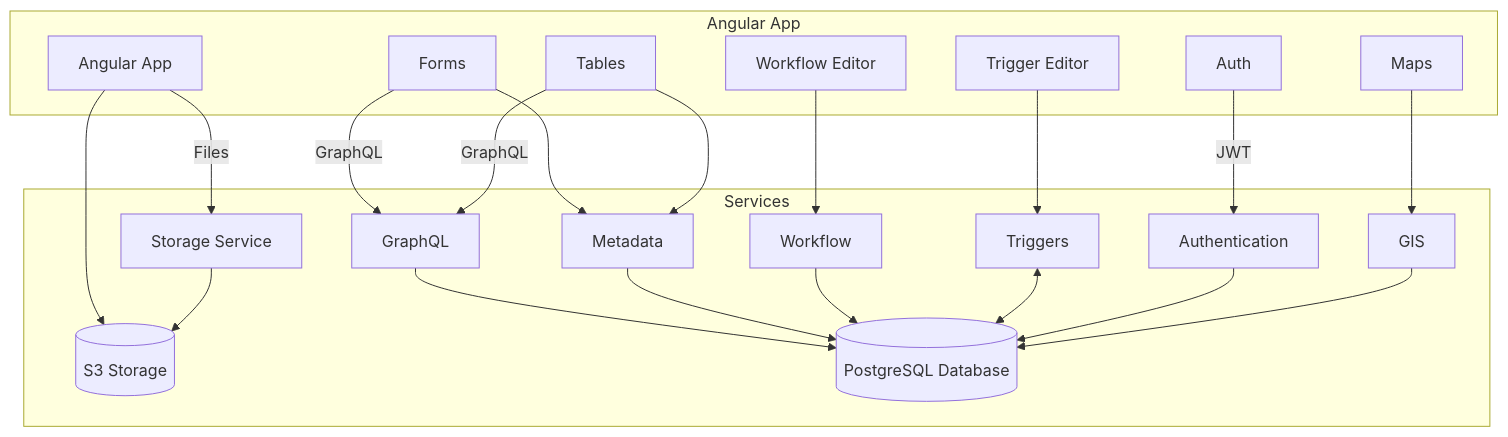
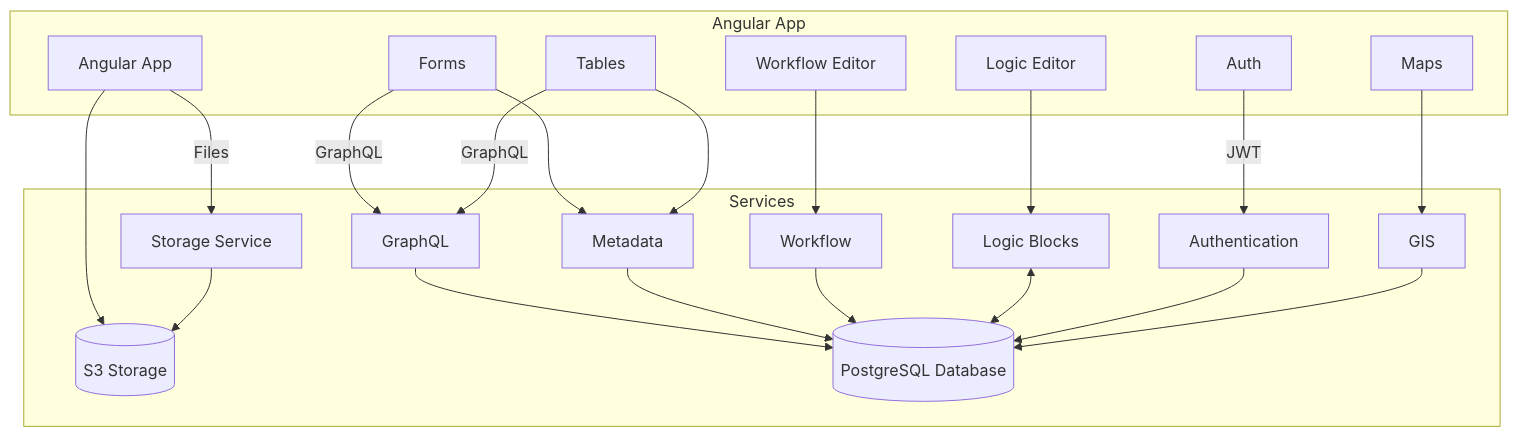
Before and after one commit to civic-os/vision: the diagram in TechnicalArchitecture.md, drawn with Mermaid. The commit also changed other lines of this file and 1 other file, not shown here.

Commit message:
Rename "Triggers" to "Logic"

````diff
--- a/TechnicalArchitecture.md
+++ b/TechnicalArchitecture.md
@@ -7,32 +7,32 @@
 ```mermaid
 flowchart TD
     subgraph Angular App
         ng[Angular App]
         forms[Forms]
         tables[Tables]
         workflow[Workflow Editor]
-        trigger[Trigger Editor]
+        logic[Logic Editor]
         auth[Auth]
         maps[Maps]
     end
     forms -- GraphQL --> GraphQL
     tables -- GraphQL --> GraphQL
     forms --> meta
     tables --> meta
     workflow --> workflowService
-    trigger --> triggerService
+    logic --> logicService
     maps --> gisService
     ng --> s3
     auth -- JWT --> authService
     ng -- Files --> storage
     subgraph Services
         GraphQL --> db
         meta[Metadata] --> db
         workflowService[Workflow] --> db
-        triggerService[Triggers] <--> db
+        logicService[Logic Blocks] <--> db
         authService[Authentication] --> db
         gisService[GIS] --> db
         db[(PostgreSQL Database)]
         storage[Storage Service] --> s3[(S3 Storage)]
     end
 ```
````
